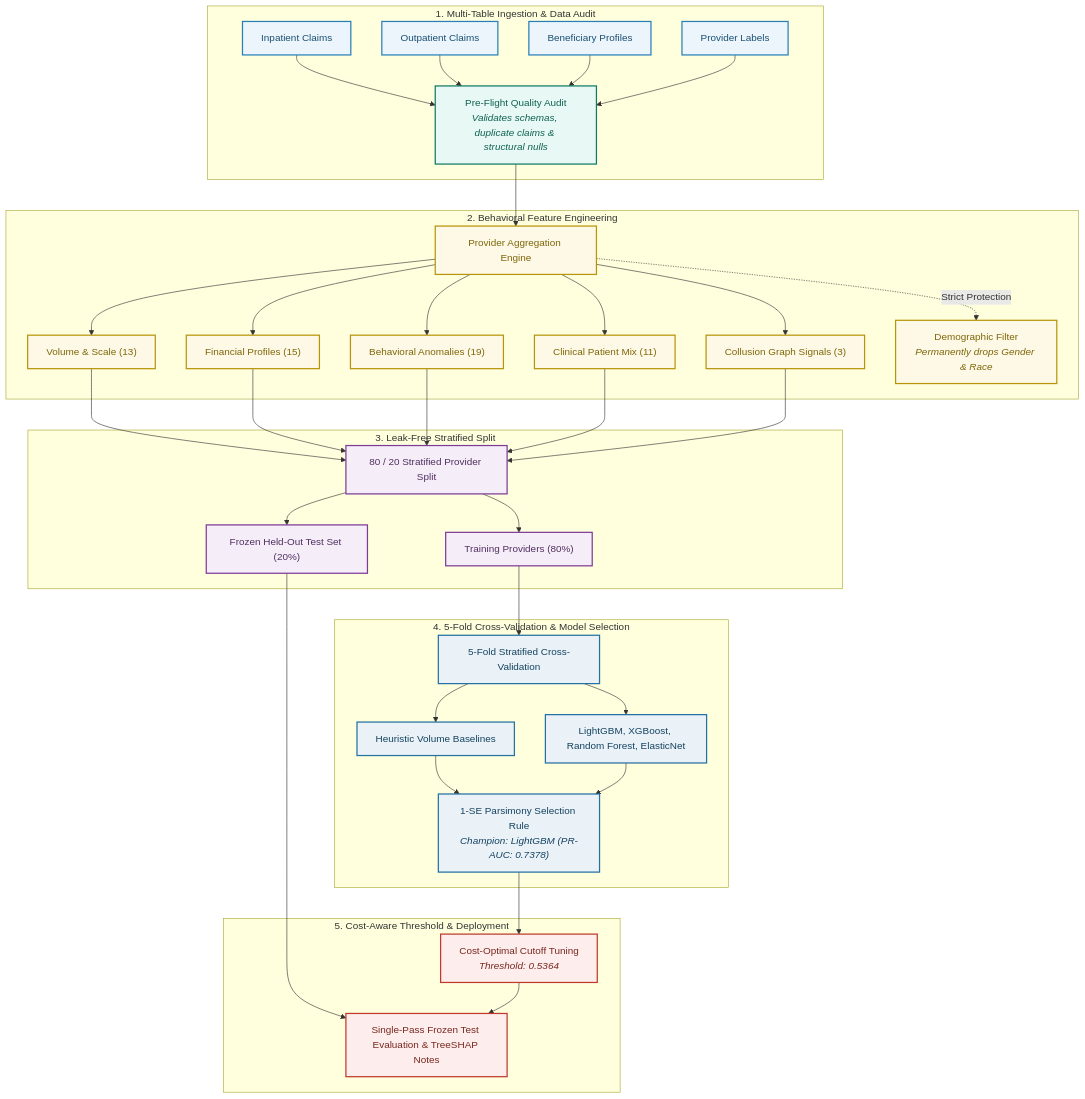
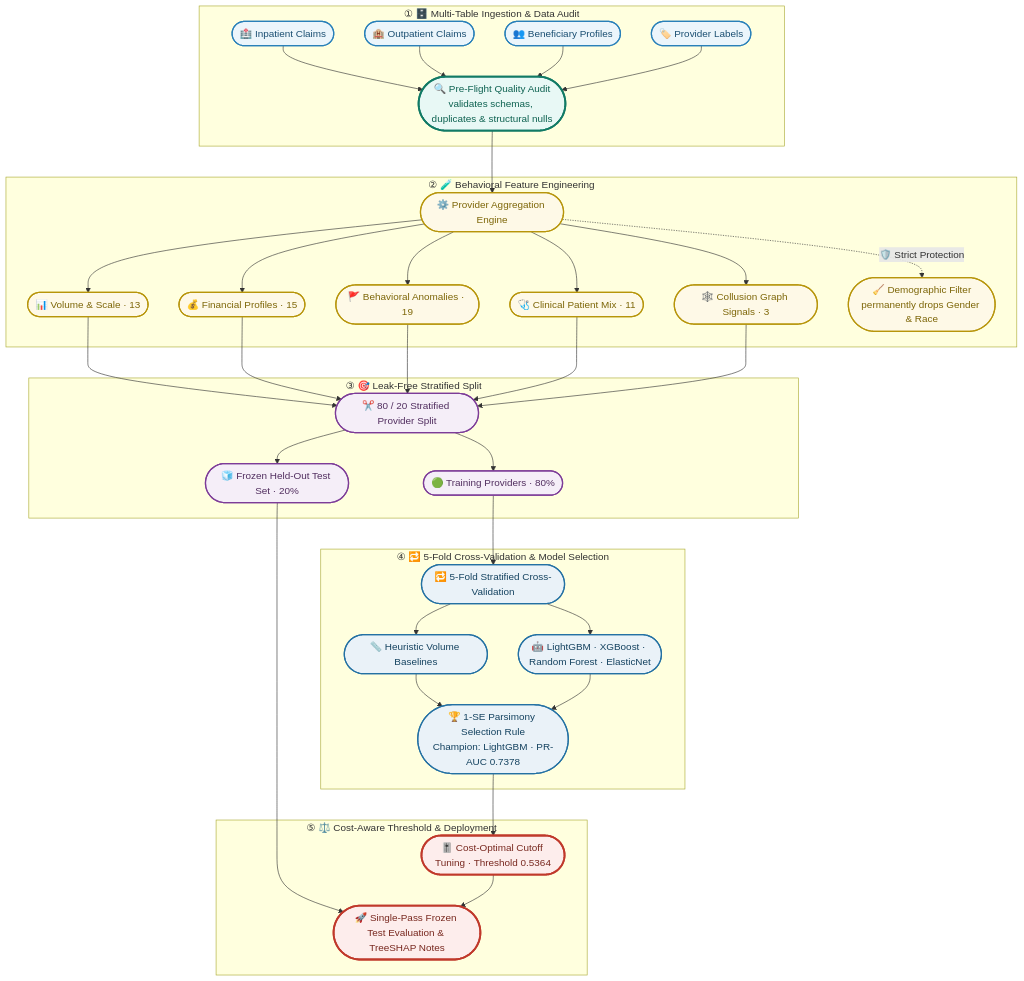
The diagram in README.md (toffee4u/Syght), drawn with Mermaid before and after one commit.

Commit message:
simplified project readme

````diff
--- a/README.md
+++ b/README.md
@@ -83,45 +83,52 @@
 ```mermaid
 flowchart TD
-    classDef input fill:#EBF5FB,stroke:#2980B9,stroke-width:2px,color:#1B4F72;
-    classDef audit fill:#E8F8F5,stroke:#117A65,stroke-width:2px,color:#0E6251;
-    classDef feature fill:#FEF9E7,stroke:#B7950B,stroke-width:2px,color:#7D6608;
-    classDef split fill:#F5EEF8,stroke:#7D3C98,stroke-width:2px,color:#512E5F;
-    classDef model fill:#EAF2F8,stroke:#2471A3,stroke-width:2px,color:#154360;
-    classDef eval fill:#FDEDEC,stroke:#C0392B,stroke-width:2px,color:#78281F;
+  subgraph Step1["① 🗄️ Multi-Table Ingestion & Data Audit"]
+    Inp(["🏥 Inpatient Claims"])
+    Out(["🏨 Outpatient Claims"])
+    Bene(["👥 Beneficiary Profiles"])
+    Labels(["🏷️ Provider Labels"])
+    Inp & Out & Bene & Labels --> Audit(["🔍 Pre-Flight Quality Audit<br/>validates schemas, duplicates & structural nulls"])
+  end
 
-    subgraph Step1["1. Multi-Table Ingestion & Data Audit"]
-        Inp["Inpatient Claims"]:::input
-        Out["Outpatient Claims"]:::input
-        Bene["Beneficiary Profiles"]:::input
-        Labels["Provider Labels"]:::input
-        Inp & Out & Bene & Labels --> Audit["Pre-Flight Quality Audit<br/><i>Validates schemas, duplicate claims & structural nulls</i>"]:::audit
-    end
+  subgraph Step2["② 🧪 Behavioral Feature Engineering"]
+    Audit --> Agg(["⚙️ Provider Aggregation Engine"])
+    Agg --> F1(["📊 Volume & Scale · 13"])
+    Agg --> F2(["💰 Financial Profiles · 15"])
+    Agg --> F3(["🚩 Behavioral Anomalies · 19"])
+    Agg --> F4(["🩺 Clinical Patient Mix · 11"])
+    Agg --> F5(["🕸️ Collusion Graph Signals · 3"])
+    Agg -.->|🛡️ Strict Protection| Drop(["🧹 Demographic Filter<br/>permanently drops Gender & Race"])
+  end
 
-    subgraph Step2["2. Behavioral Feature Engineering"]
-        Audit --> Agg["Provider Aggregation Engine"]:::feature
-        Agg --> F1["Volume & Scale (13)"]:::feature
-        Agg --> F2["Financial Profiles (15)"]:::feature
-        Agg --> F3["Behavioral Anomalies (19)"]:::feature
-        Agg --> F4["Clinical Patient Mix (11)"]:::feature
-        Agg --> F5["Collusion Graph Signals (3)"]:::feature
-        Agg -.->|Strict Protection| Drop["Demographic Filter<br/><i>Permanently drops Gender & Race</i>"]:::feature
-    end
+  subgraph Step3["③ 🎯 Leak-Free Stratified Split"]
+    F1 & F2 & F3 & F4 & F5 --> Split(["✂️ 80 / 20 Stratified Provider Split"])
+    Split --> TrainSet(["🟢 Training Providers · 80%"])
+    Split --> TestSet(["🧊 Frozen Held-Out Test Set · 20%"])
+  end
 
-    subgraph Step3["3. Leak-Free Stratified Split"]
-        F1 & F2 & F3 & F4 & F5 --> Split["80 / 20 Stratified Provider Split"]:::split
-        Split --> TrainSet["Training Providers (80%)"]:::split
-        Split --> TestSet["Frozen Held-Out Test Set (20%)"]:::split
-    end
+  subgraph Step4["④ 🔁 5-Fold Cross-Validation & Model Selection"]
+    TrainSet --> CV(["🔁 5-Fold Stratified Cross-Validation"])
+    CV --> Baselines(["📏 Heuristic Volume Baselines"])
+    CV --> MLSuite(["🤖 LightGBM · XGBoost · Random Forest · ElasticNet"])
+    Baselines & MLSuite --> Sel(["🏆 1-SE Parsimony Selection Rule<br/>Champion: LightGBM · PR-AUC 0.7378"])
+  end
 
-    subgraph Step4["4. 5-Fold Cross-Validation & Model Selection"]
-        TrainSet --> CV["5-Fold Stratified Cross-Validation"]:::model
-        CV --> Baselines["Heuristic Volume Baselines"]:::model
-        CV --> MLSuite["LightGBM, XGBoost, Random Forest, ElasticNet"]:::model
-        Baselines & MLSuite --> Sel["1-SE Parsimony Selection Rule<br/><i>Champion: LightGBM (PR-AUC: 0.7378)</i>"]:::model
-    end
+  subgraph Step5["⑤ ⚖️ Cost-Aware Threshold & Deployment"]
+    Sel --> Cost(["🎚️ Cost-Optimal Cutoff Tuning · Threshold 0.5364"])
+    TestSet & Cost --> Final(["🚀 Single-Pass Frozen Test Evaluation & TreeSHAP Notes"])
+  end
 
-    subgraph Step5["5. Cost-Aware Threshold & Deployment"]
-        Sel --> Cost["Cost-Optimal Cutoff Tuning<br/><i>Threshold: 0.5364</i>"]:::eval
-        TestSet & Cost --> Final["Single-Pass Frozen Test Evaluation & TreeSHAP Notes"]:::eval
-    end
+  classDef input fill:#EBF5FB,stroke:#2980B9,stroke-width:2px,color:#1B4F72
+  classDef audit fill:#E8F8F5,stroke:#117A65,stroke-width:3px,color:#0E6251
+  classDef feature fill:#FEF9E7,stroke:#B7950B,stroke-width:2px,color:#7D6608
+  classDef split fill:#F5EEF8,stroke:#7D3C98,stroke-width:2px,color:#512E5F
+  classDef model fill:#EAF2F8,stroke:#2471A3,stroke-width:2px,color:#154360
+  classDef eval fill:#FDEDEC,stroke:#C0392B,stroke-width:3px,color:#78281F
+
+  class Inp,Out,Bene,Labels input
+  class Audit audit
+  class Agg,F1,F2,F3,F4,F5,Drop feature
+  class Split,TrainSet,TestSet split
+  class CV,Baselines,MLSuite,Sel model
+  class Cost,Final eval
 ```
````
